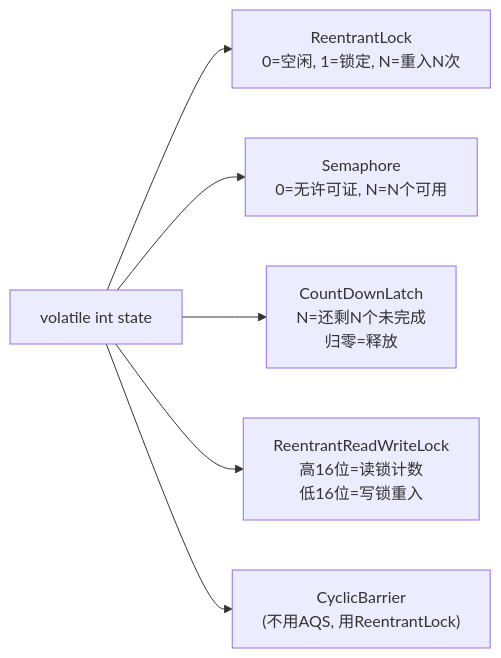
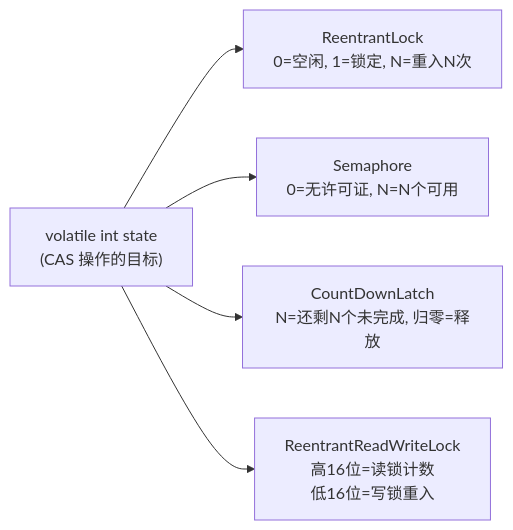
Before and after one commit to guozy502/my-tech-blog: the second of 4 diagrams in content/posts/并发编程/AQS骨架设计——为什么Java并发工具都长在AQS上.md, drawn with Mermaid. The commit also changed other lines of this file and 52 other files, not shown here.

````diff
--- a/content/posts/并发编程/AQS骨架设计——为什么Java并发工具都长在AQS上.md
+++ b/content/posts/并发编程/AQS骨架设计——为什么Java并发工具都长在AQS上.md
@@ -58,8 +78,7 @@
 ```mermaid
 flowchart LR
-    S["volatile int state"] --> RL["ReentrantLock\n0=空闲, 1=锁定, N=重入N次"]
+    S["volatile int state\n(CAS 操作的目标)"] --> RL["ReentrantLock\n0=空闲, 1=锁定, N=重入N次"]
     S --> SEM["Semaphore\n0=无许可证, N=N个可用"]
-    S --> CDL["CountDownLatch\nN=还剩N个未完成\n归零=释放"]
+    S --> CDL["CountDownLatch\nN=还剩N个未完成, 归零=释放"]
     S --> RW["ReentrantReadWriteLock\n高16位=读锁计数\n低16位=写锁重入"]
-    S --> CB["CyclicBarrier\n(不用AQS, 用ReentrantLock)"]
 ```
````
